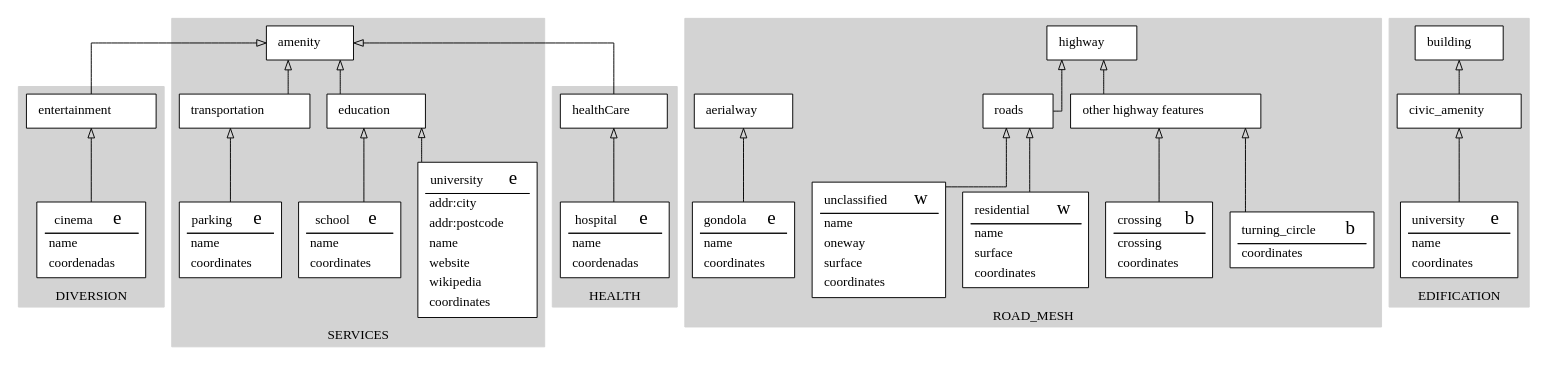
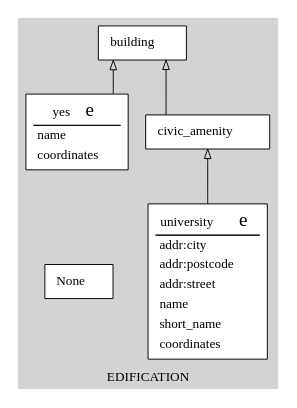
The diagram in schema.gv (vinisperandio/OSM2Diagram_optmizated), drawn with Graphviz before and after one commit. The commit also changed 5 other files, not shown here.

```diff
--- a/schema.gv
+++ b/schema.gv
@@ -1,35 +1,10 @@
 digraph structs { 
 	node [shape=box]
-	subgraph cluster_DIVERSION {
+	subgraph cluster_EDIFICATION {
 		node [color=black style=filled]
 		color=lightgrey style=filled
-		label=DIVERSION
+		label=EDIFICATION
 		0[style = "filled, bold" penwidth = "1" fillcolor="white" label=<
-			<TABLE color="black" border="0">
-			 <TR>
-				<TD align="center"><font color="black">cinema</font>  
-				<font FACE="sigmoda" POINT-SIZE="20.0"> e</font></TD>
-			</TR>
-			<hr/>
-			<TR>
-				<TD align="left">name</TD>
-			 </TR>
-			<TR>
-				<TD align="left">coordenadas</TD>
-			 </TR>
-			</TABLE>>]
-		1[style = "filled, bold" penwidth = "1" fillcolor="white" label=<
-			<TABLE color="black" border="0">
-			 <TR>
-				<TD align="center"><font color="black">entertainment</font>  </TD>
-			</TR>
-			</TABLE>>]
-	}
-	subgraph cluster_SERVICES {
-		node [color=black style=filled]
-		color=lightgrey style=filled
-		label=SERVICES
-		2[style = "filled, bold" penwidth = "1" fillcolor="white" label=<
 			<TABLE color="black" border="0">
 			 <TR>
 				<TD align="center"><font color="black">university</font>  
@@ -43,28 +18,28 @@
 				<TD align="left">addr:postcode</TD>
 			 </TR>
 			<TR>
+				<TD align="left">addr:street</TD>
+			 </TR>
+			<TR>
 				<TD align="left">name</TD>
 			 </TR>
 			<TR>
-				<TD align="left">website</TD>
-			 </TR>
-			<TR>
-				<TD align="left">wikipedia</TD>
+				<TD align="left">short_name</TD>
 			 </TR>
 			<TR>
 				<TD align="left">coordinates</TD>
 			 </TR>
 			</TABLE>>]
-		3[style = "filled, bold" penwidth = "1" fillcolor="white" label=<
+		1[style = "filled, bold" penwidth = "1" fillcolor="white" label=<
 			<TABLE color="black" border="0">
 			 <TR>
-				<TD align="center"><font color="black">amenity</font>  </TD>
+				<TD align="center"><font color="black">building</font>  </TD>
 			</TR>
 			</TABLE>>]
-		4[style = "filled, bold" penwidth = "1" fillcolor="white" label=<
+		2[style = "filled, bold" penwidth = "1" fillcolor="white" label=<
 			<TABLE color="black" border="0">
 			 <TR>
-				<TD align="center"><font color="black">school</font>  
+				<TD align="center"><font color="black">yes</font>  
 				<font FACE="sigmoda" POINT-SIZE="20.0"> e</font></TD>
 			</TR>
 			<hr/>
@@ -75,212 +50,22 @@
 				<TD align="left">coordinates</TD>
 			 </TR>
 			</TABLE>>]
-		5[style = "filled, bold" penwidth = "1" fillcolor="white" label=<
-			<TABLE color="black" border="0">
-			 <TR>
-				<TD align="center"><font color="black">parking</font>  
-				<font FACE="sigmoda" POINT-SIZE="20.0"> e</font></TD>
-			</TR>
-			<hr/>
-			<TR>
-				<TD align="left">name</TD>
-			 </TR>
-			<TR>
-				<TD align="left">coordinates</TD>
-			 </TR>
-			</TABLE>>]
-		6[style = "filled, bold" penwidth = "1" fillcolor="white" label=<
-			<TABLE color="black" border="0">
-			 <TR>
-				<TD align="center"><font color="black">education</font>  </TD>
-			</TR>
-			</TABLE>>]
-		7[style = "filled, bold" penwidth = "1" fillcolor="white" label=<
-			<TABLE color="black" border="0">
-			 <TR>
-				<TD align="center"><font color="black">transportation</font>  </TD>
-			</TR>
-			</TABLE>>]
-	}
-	subgraph cluster_HEALTH {
-		node [color=black style=filled]
-		color=lightgrey style=filled
-		label=HEALTH
-		8[style = "filled, bold" penwidth = "1" fillcolor="white" label=<
-			<TABLE color="black" border="0">
-			 <TR>
-				<TD align="center"><font color="black">hospital</font>  
-				<font FACE="sigmoda" POINT-SIZE="20.0"> e</font></TD>
-			</TR>
-			<hr/>
-			<TR>
-				<TD align="left">name</TD>
-			 </TR>
-			<TR>
-				<TD align="left">coordenadas</TD>
-			 </TR>
-			</TABLE>>]
-		9[style = "filled, bold" penwidth = "1" fillcolor="white" label=<
-			<TABLE color="black" border="0">
-			 <TR>
-				<TD align="center"><font color="black">healthCare</font>  </TD>
-			</TR>
-			</TABLE>>]
-	}
-	subgraph cluster_ROAD_MESH {
-		node [color=black style=filled]
-		color=lightgrey style=filled
-		label=ROAD_MESH
-		10[style = "filled, bold" penwidth = "1" fillcolor="white" label=<
-			<TABLE color="black" border="0">
-			 <TR>
-				<TD align="center"><font color="black">turning_circle</font>  
-				<font FACE="sigmoda" POINT-SIZE="20.0"> b</font></TD>
-			</TR>
-			<hr/>
-			<TR>
-				<TD align="left">coordinates</TD>
-			 </TR>
-			</TABLE>>]
-		11[style = "filled, bold" penwidth = "1" fillcolor="white" label=<
-			<TABLE color="black" border="0">
-			 <TR>
-				<TD align="center"><font color="black">highway</font>  </TD>
-			</TR>
-			</TABLE>>]
-		12[style = "filled, bold" penwidth = "1" fillcolor="white" label=<
-			<TABLE color="black" border="0">
-			 <TR>
-				<TD align="center"><font color="black">crossing</font>  
-				<font FACE="sigmoda" POINT-SIZE="20.0"> b</font></TD>
-			</TR>
-			<hr/>
-			<TR>
-				<TD align="left">crossing</TD>
-			 </TR>
-			<TR>
-				<TD align="left">coordinates</TD>
-			 </TR>
-			</TABLE>>]
-		13[style = "filled, bold" penwidth = "1" fillcolor="white" label=<
-			<TABLE color="black" border="0">
-			 <TR>
-				<TD align="center"><font color="black">residential</font>  
-				<font FACE="sigmoda" POINT-SIZE="20.0"> w</font></TD>
-			</TR>
-			<hr/>
-			<TR>
-				<TD align="left">name</TD>
-			 </TR>
-			<TR>
-				<TD align="left">surface</TD>
-			 </TR>
-			<TR>
-				<TD align="left">coordinates</TD>
-			 </TR>
-			</TABLE>>]
-		14[style = "filled, bold" penwidth = "1" fillcolor="white" label=<
-			<TABLE color="black" border="0">
-			 <TR>
-				<TD align="center"><font color="black">unclassified</font>  
-				<font FACE="sigmoda" POINT-SIZE="20.0"> w</font></TD>
-			</TR>
-			<hr/>
-			<TR>
-				<TD align="left">name</TD>
-			 </TR>
-			<TR>
-				<TD align="left">oneway</TD>
-			 </TR>
-			<TR>
-				<TD align="left">surface</TD>
-			 </TR>
-			<TR>
-				<TD align="left">coordinates</TD>
-			 </TR>
-			</TABLE>>]
-		15[style = "filled, bold" penwidth = "1" fillcolor="white" label=<
-			<TABLE color="black" border="0">
-			 <TR>
-				<TD align="center"><font color="black">gondola</font>  
-				<font FACE="sigmoda" POINT-SIZE="20.0"> e</font></TD>
-			</TR>
-			<hr/>
-			<TR>
-				<TD align="left">name</TD>
-			 </TR>
-			<TR>
-				<TD align="left">coordinates</TD>
-			 </TR>
-			</TABLE>>]
-		16[style = "filled, bold" penwidth = "1" fillcolor="white" label=<
-			<TABLE color="black" border="0">
-			 <TR>
-				<TD align="center"><font color="black">aerialway</font>  </TD>
-			</TR>
-			</TABLE>>]
-		17[style = "filled, bold" penwidth = "1" fillcolor="white" label=<
-			<TABLE color="black" border="0">
-			 <TR>
-				<TD align="center"><font color="black">other highway features</font>  </TD>
-			</TR>
-			</TABLE>>]
-		18[style = "filled, bold" penwidth = "1" fillcolor="white" label=<
-			<TABLE color="black" border="0">
-			 <TR>
-				<TD align="center"><font color="black">roads</font>  </TD>
-			</TR>
-			</TABLE>>]
-	}
-	subgraph cluster_EDIFICATION {
-		node [color=black style=filled]
-		color=lightgrey style=filled
-		label=EDIFICATION
-		19[style = "filled, bold" penwidth = "1" fillcolor="white" label=<
-			<TABLE color="black" border="0">
-			 <TR>
-				<TD align="center"><font color="black">university</font>  
-				<font FACE="sigmoda" POINT-SIZE="20.0"> e</font></TD>
-			</TR>
-			<hr/>
-			<TR>
-				<TD align="left">name</TD>
-			 </TR>
-			<TR>
-				<TD align="left">coordinates</TD>
-			 </TR>
-			</TABLE>>]
-		20[style = "filled, bold" penwidth = "1" fillcolor="white" label=<
-			<TABLE color="black" border="0">
-			 <TR>
-				<TD align="center"><font color="black">building</font>  </TD>
-			</TR>
-			</TABLE>>]
-		21[style = "filled, bold" penwidth = "1" fillcolor="white" label=<
+		3[style = "filled, bold" penwidth = "1" fillcolor="white" label=<
 			<TABLE color="black" border="0">
 			 <TR>
 				<TD align="center"><font color="black">civic_amenity</font>  </TD>
 			</TR>
 			</TABLE>>]
+		4[style = "filled, bold" penwidth = "1" fillcolor="white" label=<
+			<TABLE color="black" border="0">
+			 <TR>
+				<TD align="center"><font color="black">None</font>  </TD>
+			</TR>
+			</TABLE>>]
 	}
-		0 -> 1[arrowhead=onormal]
-		1 -> 3[arrowhead=onormal]
-		2 -> 6[arrowhead=onormal]
-		4 -> 6[arrowhead=onormal]
-		5 -> 7[arrowhead=onormal]
-		6 -> 3[arrowhead=onormal]
-		7 -> 3[arrowhead=onormal]
-		8 -> 9[arrowhead=onormal]
-		9 -> 3[arrowhead=onormal]
-		10 -> 17[arrowhead=onormal]
-		12 -> 17[arrowhead=onormal]
-		13 -> 18[arrowhead=onormal]
-		14 -> 18[arrowhead=onormal]
-		15 -> 16[arrowhead=onormal]
-		17 -> 11[arrowhead=onormal]
-		18 -> 11[arrowhead=onormal]
-		19 -> 21[arrowhead=onormal]
-		21 -> 20[arrowhead=onormal]
+		0 -> 3[arrowhead=onormal]
+		2 -> 1[arrowhead=onormal]
+		3 -> 1[arrowhead=onormal]
 	rankdir=BT
 	splines=ortho
 }
```
